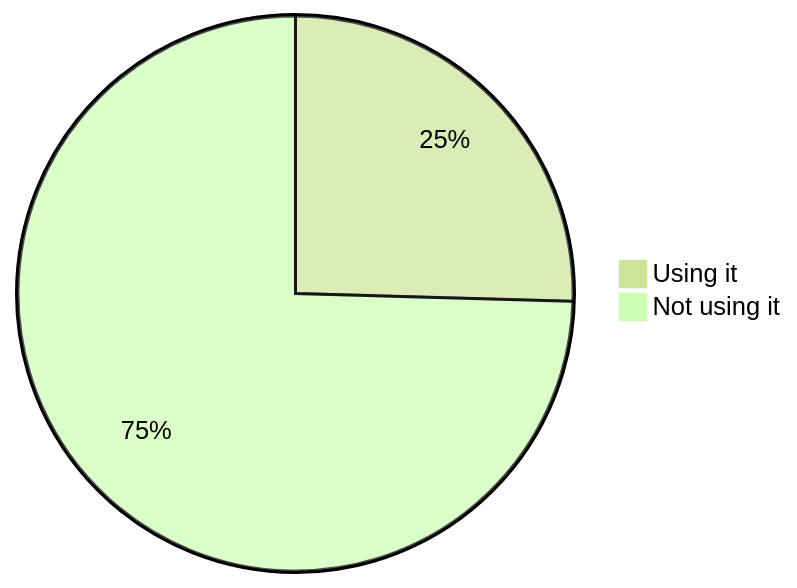
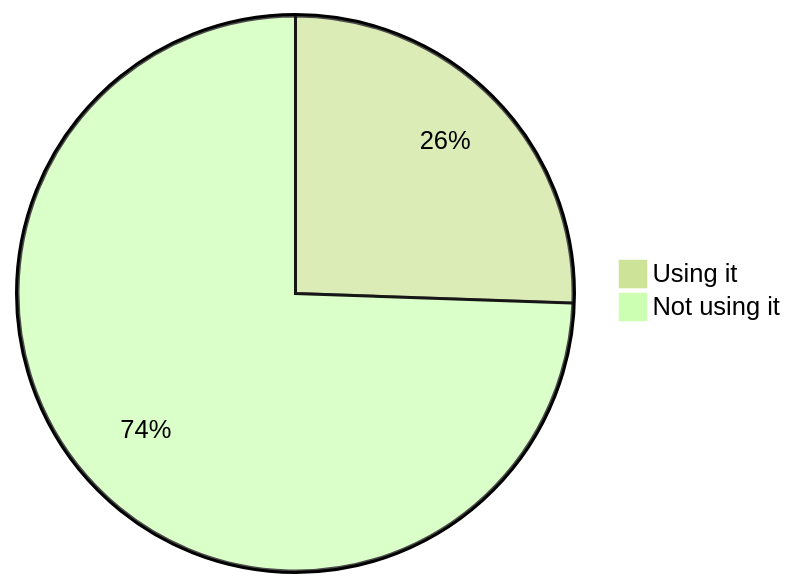
One commit to oshp/oshp-stats changed diagram 14 of 22 in stats.md. Above: the diagram before and after it, drawn with Mermaid (forest theme). The commit also changed other lines of this file, not shown here.

````diff
--- a/stats.md
+++ b/stats.md
@@ -166,6 +166,6 @@
 ```mermaid
 pie
-	"Using it" : 25.45
-	"Not using it" : 74.55
+	"Using it" : 25.55
+	"Not using it" : 74.45
 
 ```
````
